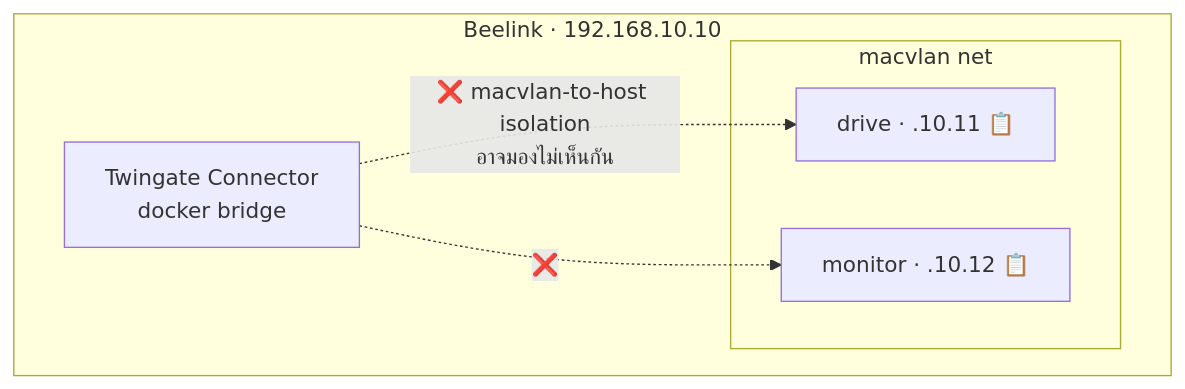
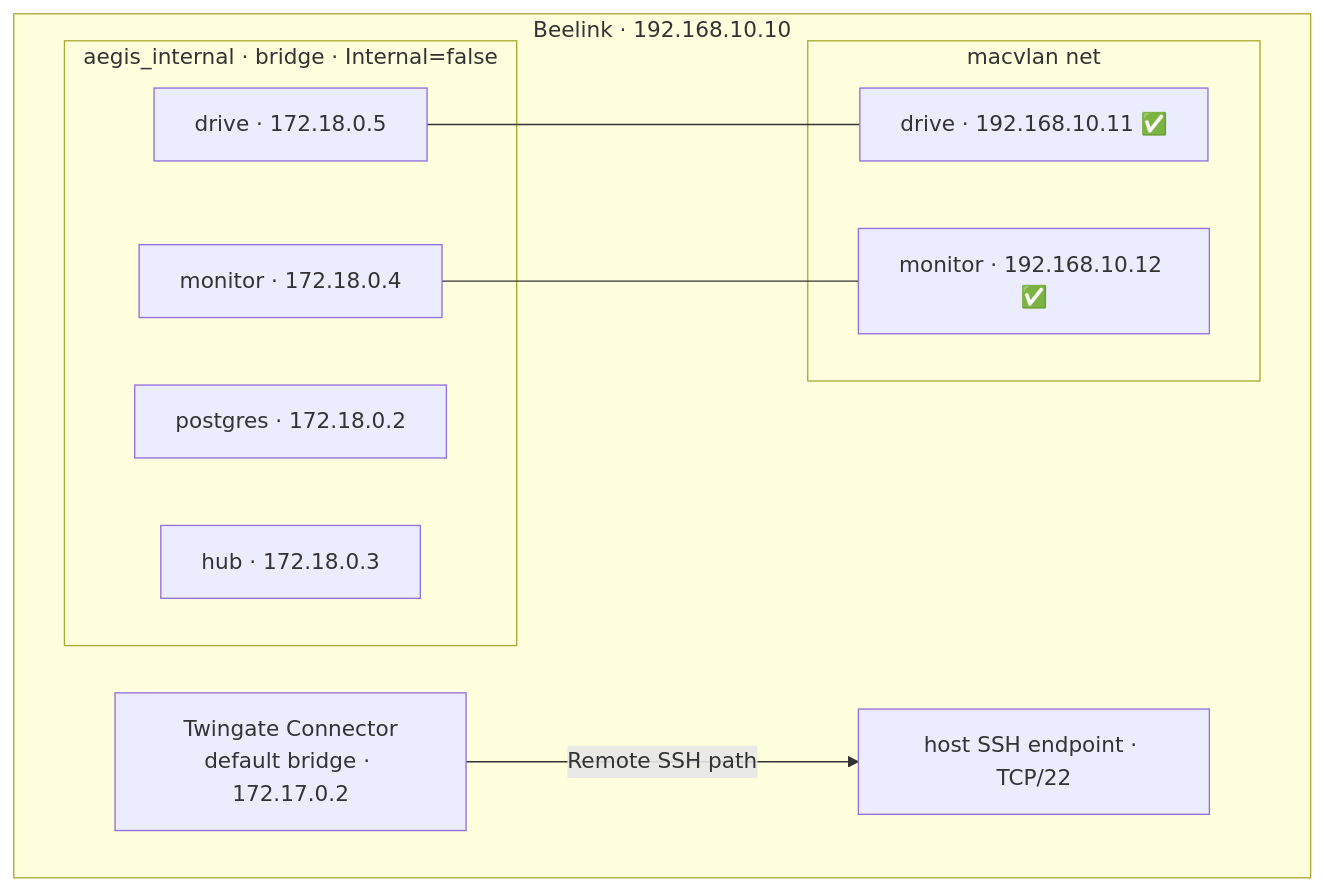
The second of 2 diagrams in Obsidian_AEGIS_Vault/AEGIS_Knowledge/infrastructure/deployment/Docker-Stack-Plan.md (kraveerachat/Project-End-The-AEGIS), drawn with Mermaid before and after one commit. The commit also changed other lines of this file and 14 other files, not shown here.

````diff
--- a/Obsidian_AEGIS_Vault/AEGIS_Knowledge/infrastructure/deployment/Docker-Stack-Plan.md
+++ b/Obsidian_AEGIS_Vault/AEGIS_Knowledge/infrastructure/deployment/Docker-Stack-Plan.md
@@ -82,12 +330,20 @@
 ```mermaid
 flowchart TD
     subgraph Beelink ["Beelink · 192.168.10.10"]
-        TGC["Twingate Connector<br/>docker bridge"]
+        HOST["host SSH endpoint · TCP/22"]
+        TGC["Twingate Connector<br/>default bridge · 172.17.0.2"]
+        subgraph BR ["aegis_internal · bridge · Internal=false"]
+            PG["postgres · 172.18.0.2"]
+            HUB["hub · 172.18.0.3"]
+            MONB["monitor · 172.18.0.4"]
+            DRVB["drive · 172.18.0.5"]
+        end
         subgraph MV ["macvlan net"]
-            DRV["drive · .10.11 📋"]
-            MON["monitor · .10.12 📋"]
+            DRV["drive · 192.168.10.11 ✅"]
+            MON["monitor · 192.168.10.12 ✅"]
         end
     end
-    TGC -. "❌ macvlan-to-host isolation<br/>อาจมองไม่เห็นกัน" .-> DRV
-    TGC -. "❌" .-> MON
+    DRVB --- DRV
+    MONB --- MON
+    TGC -->|"Remote SSH path"| HOST
 ```
````
